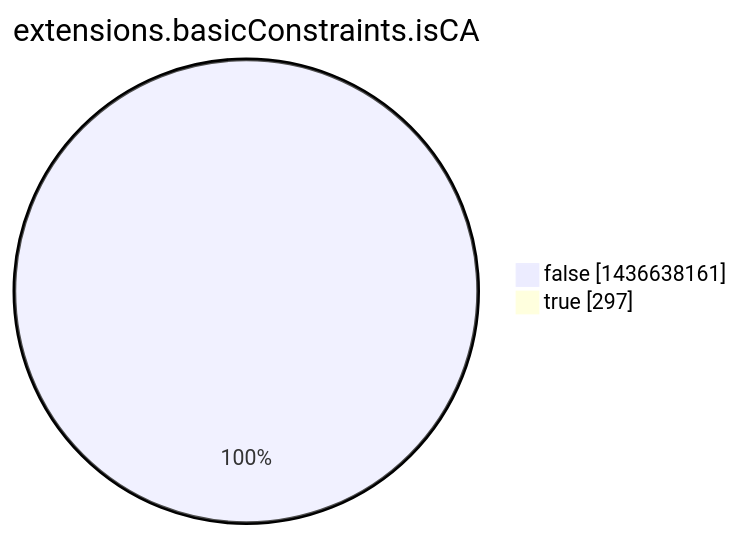
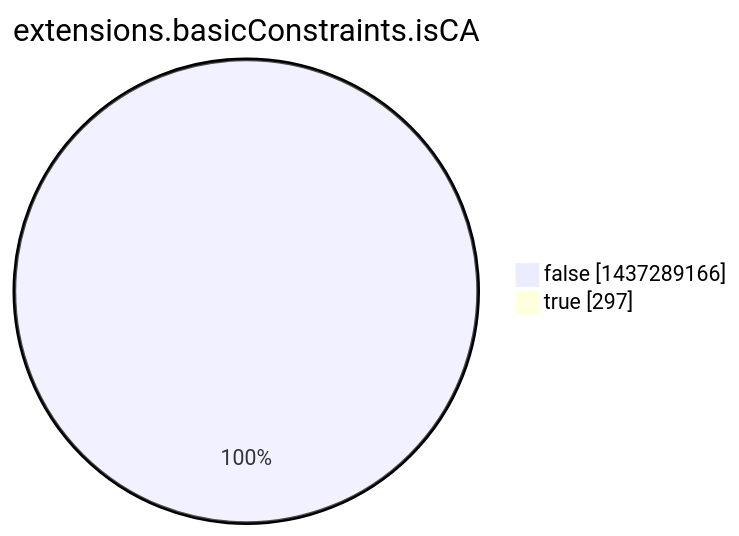
One commit to christiankrug/ctmonitor_visualization changed the eighth of 15 diagrams in argon2022/README.md. Above: the diagram before and after it, drawn with Mermaid. The commit also changed other lines of this file, not shown here.

````diff
--- a/argon2022/README.md
+++ b/argon2022/README.md
@@ -2760,6 +2760,6 @@
 ```mermaid
 pie showData
 title extensions.basicConstraints.isCA
-"false" :1436638161
+"false" :1437289166
 "true" :297
 ```
````
